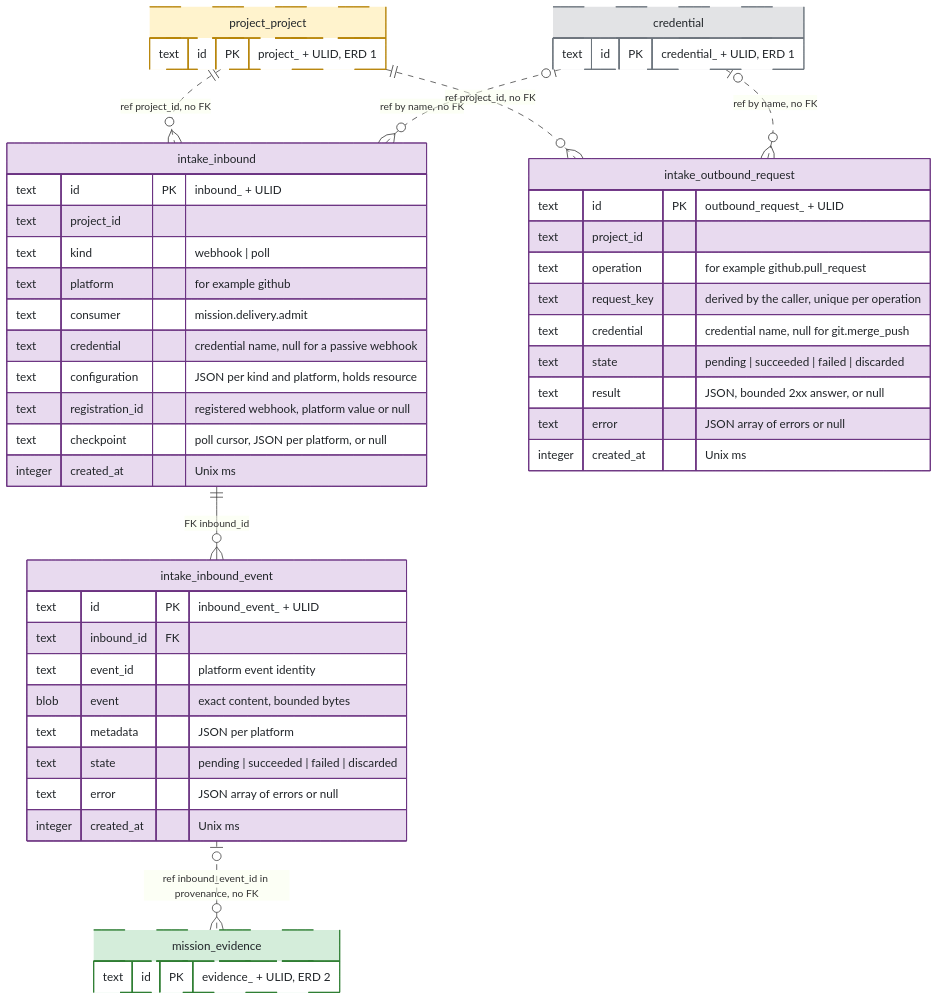
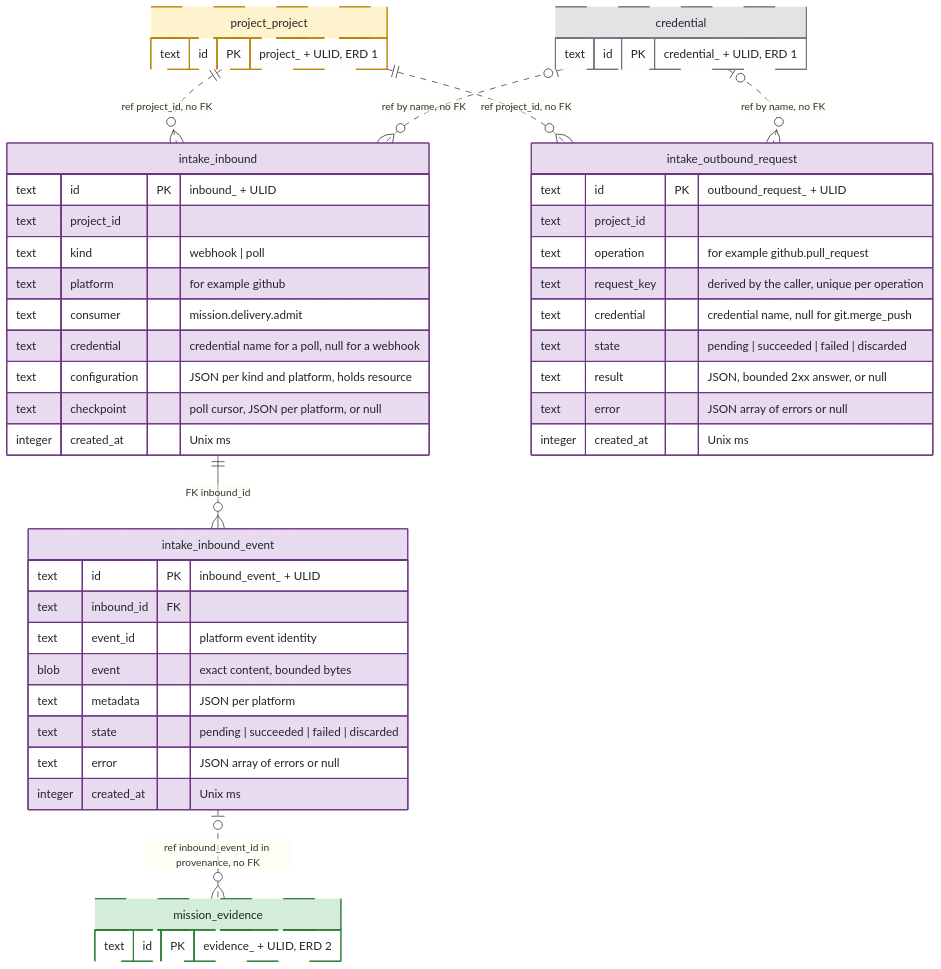
The diagram in docs/reference/erd/03-integration.md (kanthorlabs/kanthord), drawn with Mermaid before and after one commit. The commit also changed other lines of this file and 5 other files, not shown here.

Commit message:
docs(intake): make every webhook inbound passive

````diff
--- a/docs/reference/erd/03-integration.md
+++ b/docs/reference/erd/03-integration.md
@@ -38,68 +38,67 @@
 ```mermaid
 erDiagram
     credential {
         text id PK "credential_ + ULID, ERD 1"
     }
     project_project {
         text id PK "project_ + ULID, ERD 1"
     }
     mission_evidence {
         text id PK "evidence_ + ULID, ERD 2"
     }
 
     intake_inbound {
         text id PK "inbound_ + ULID"
         text project_id
         text kind "webhook | poll"
         text platform "for example github"
         text consumer "mission.delivery.admit"
-        text credential "credential name, null for a passive webhook"
+        text credential "credential name for a poll, null for a webhook"
         text configuration "JSON per kind and platform, holds resource"
-        text registration_id "registered webhook, platform value or null"
         text checkpoint "poll cursor, JSON per platform, or null"
         integer created_at "Unix ms"
     }
 
     intake_inbound_event {
         text id PK "inbound_event_ + ULID"
         text inbound_id FK
         text event_id "platform event identity"
         blob event "exact content, bounded bytes"
         text metadata "JSON per platform"
         text state "pending | succeeded | failed | discarded"
         text error "JSON array of errors or null"
         integer created_at "Unix ms"
     }
 
     intake_outbound_request {
         text id PK "outbound_request_ + ULID"
         text project_id
         text operation "for example github.pull_request"
         text request_key "derived by the caller, unique per operation"
         text credential "credential name, null for git.merge_push"
         text state "pending | succeeded | failed | discarded"
         text result "JSON, bounded 2xx answer, or null"
         text error "JSON array of errors or null"
         integer created_at "Unix ms"
     }
 
     project_project ||..o{ intake_inbound : "ref project_id, no FK"
     credential |o..o{ intake_inbound : "ref by name, no FK"
     intake_inbound ||--o{ intake_inbound_event : "FK inbound_id"
     project_project ||..o{ intake_outbound_request : "ref project_id, no FK"
     credential |o..o{ intake_outbound_request : "ref by name, no FK"
 
     intake_inbound_event |o..o{ mission_evidence : "ref inbound_event_id in provenance, no FK"
 
     classDef custody fill:#e2e3e5,stroke:#6c757d,color:#212529
     classDef project fill:#fff3cd,stroke:#b8860b,color:#212529
     classDef mission fill:#d4edda,stroke:#2e7d32,color:#212529
     classDef intake fill:#e8daef,stroke:#6c3483,color:#212529
     classDef stub stroke-dasharray:4 3
 
     class credential custody
     class project_project project
     class mission_evidence mission
     class credential,project_project,mission_evidence stub
     class intake_inbound,intake_inbound_event,intake_outbound_request intake
 ```
````
